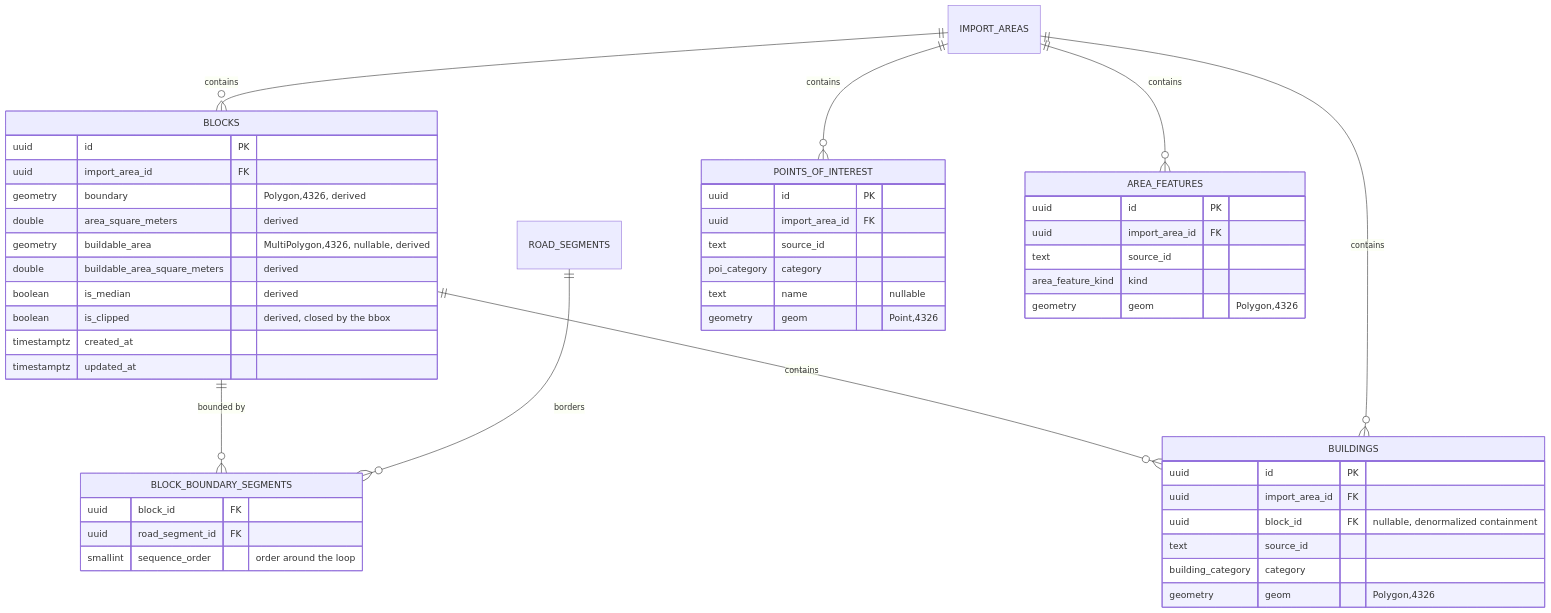
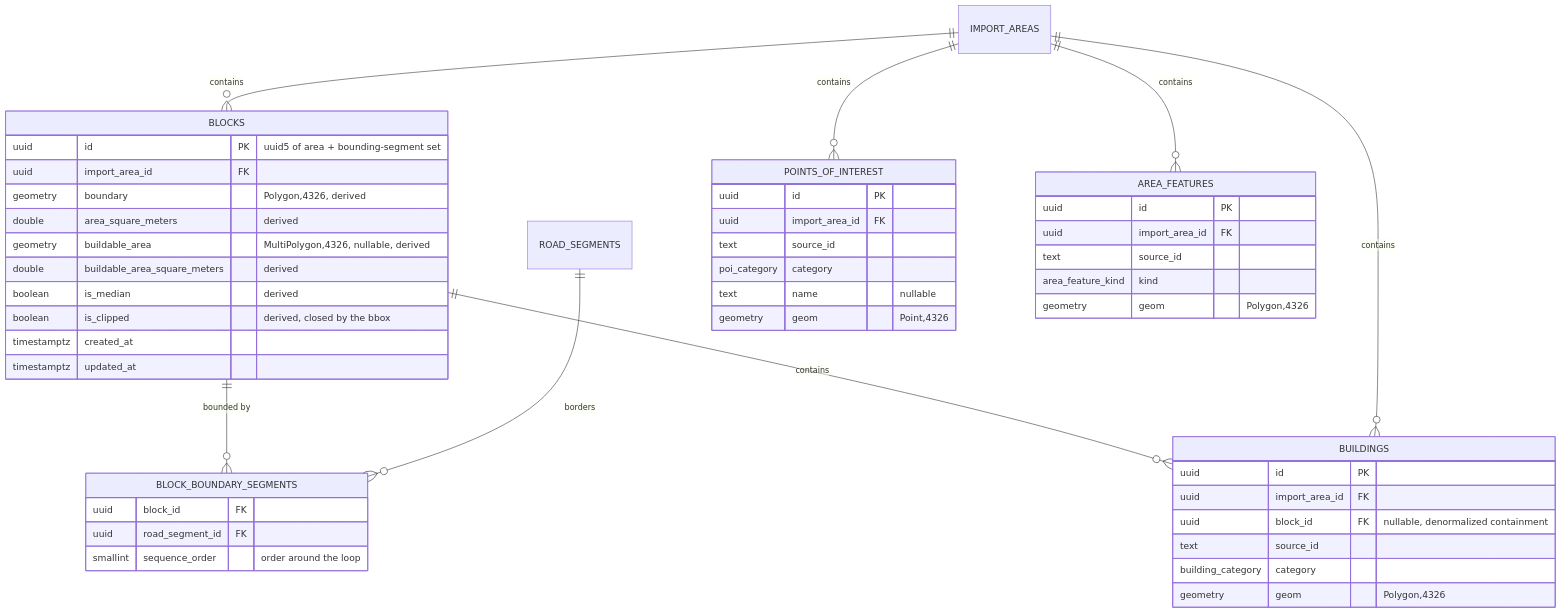
Before and after one commit to josuecm13/geospatial-reconstruction-engine: the third of 3 diagrams in docs/schema.md, drawn with Mermaid. The commit also changed other lines of this file and 12 other files, not shown here.

First line of the commit message:
feat: derive block ids from their bounding-segment set (#41)

````diff
--- a/docs/schema.md
+++ b/docs/schema.md
@@ -133,51 +133,51 @@
 ```mermaid
 erDiagram
     IMPORT_AREAS ||--o{ BLOCKS : contains
     BLOCKS ||--o{ BLOCK_BOUNDARY_SEGMENTS : "bounded by"
     ROAD_SEGMENTS ||--o{ BLOCK_BOUNDARY_SEGMENTS : borders
     BLOCKS ||--o{ BUILDINGS : contains
     IMPORT_AREAS ||--o{ BUILDINGS : contains
     IMPORT_AREAS ||--o{ POINTS_OF_INTEREST : contains
     IMPORT_AREAS ||--o{ AREA_FEATURES : contains
 
     BLOCKS {
-        uuid id PK
+        uuid id PK "uuid5 of area + bounding-segment set"
         uuid import_area_id FK
         geometry boundary "Polygon,4326, derived"
         double area_square_meters "derived"
         geometry buildable_area "MultiPolygon,4326, nullable, derived"
         double buildable_area_square_meters "derived"
         boolean is_median "derived"
         boolean is_clipped "derived, closed by the bbox"
         timestamptz created_at
         timestamptz updated_at
     }
     BLOCK_BOUNDARY_SEGMENTS {
         uuid block_id FK
         uuid road_segment_id FK
         smallint sequence_order "order around the loop"
     }
     BUILDINGS {
         uuid id PK
         uuid import_area_id FK
         uuid block_id FK "nullable, denormalized containment"
         text source_id
         building_category category
         geometry geom "Polygon,4326"
     }
     POINTS_OF_INTEREST {
         uuid id PK
         uuid import_area_id FK
         text source_id
         poi_category category
         text name "nullable"
         geometry geom "Point,4326"
     }
     AREA_FEATURES {
         uuid id PK
         uuid import_area_id FK
         text source_id
         area_feature_kind kind
         geometry geom "Polygon,4326"
     }
 ```
````
